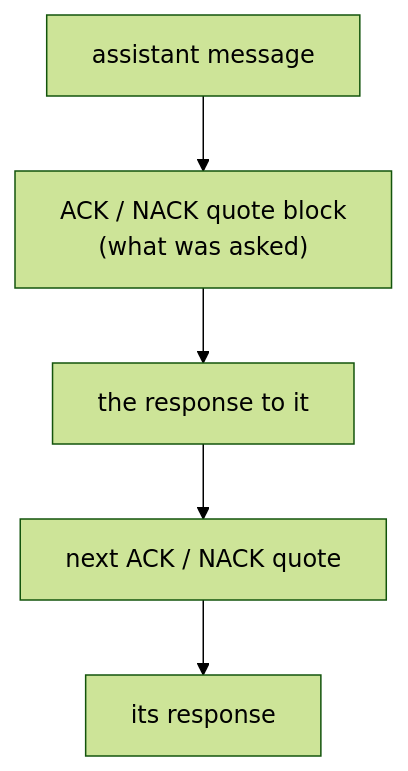
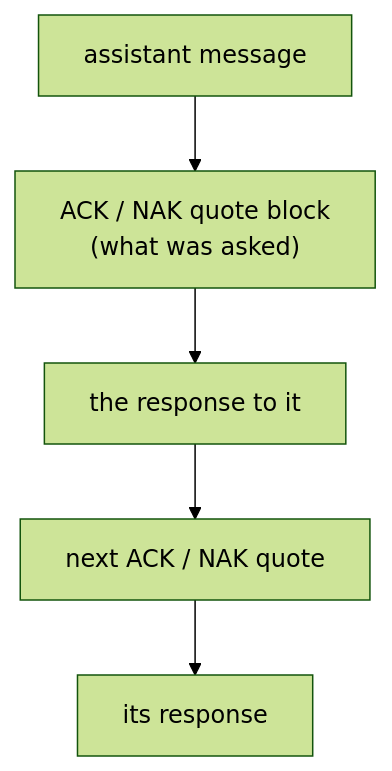
Diagram 21 of 23 in docs/product/value.md (infimalabs/spice-rust), drawn with Mermaid (forest theme) before and after one commit. The commit also changed other lines of this file and 43 other files, not shown here.

Commit message:
Align ACK grammar and rename NACK to NAK

````diff
--- a/docs/product/value.md
+++ b/docs/product/value.md
@@ -568,7 +568,7 @@
 ```mermaid
 flowchart TD
-  A["assistant message"] --> Q["ACK / NACK quote block<br/>(what was asked)"]
+  A["assistant message"] --> Q["ACK / NAK quote block<br/>(what was asked)"]
   Q --> B["the response to it"]
-  B --> NextQuote["next ACK / NACK quote"]
+  B --> NextQuote["next ACK / NAK quote"]
   NextQuote --> NextResponse["its response"]
 ```
````
